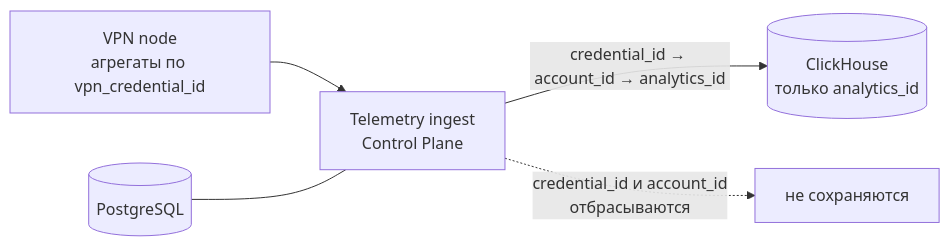
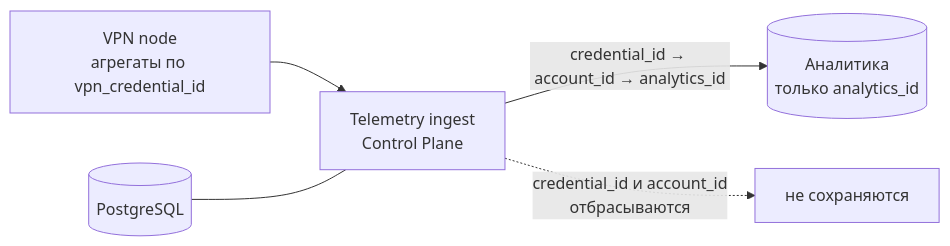
The first of 2 diagrams in docs/architecture/identity-model.md (ai-zaytsev/simple), drawn with Mermaid before and after one commit. The commit also changed other lines of this file and 19 other files, not shown here.

````diff
--- a/docs/architecture/identity-model.md
+++ b/docs/architecture/identity-model.md
@@ -97,7 +97,7 @@
 ```mermaid
 flowchart LR
     N["VPN node<br/>агрегаты по vpn_credential_id"] --> ING["Telemetry ingest<br/>Control Plane"]
-    ING -->|"credential_id → account_id → analytics_id"| CH[("ClickHouse<br/>только analytics_id")]
+    ING -->|"credential_id → account_id → analytics_id"| AN[("Аналитика<br/>только analytics_id")]
     ING -.->|"credential_id и account_id<br/>отбрасываются"| X["не сохраняются"]
     PG[("PostgreSQL")] --- ING
 ```
````
